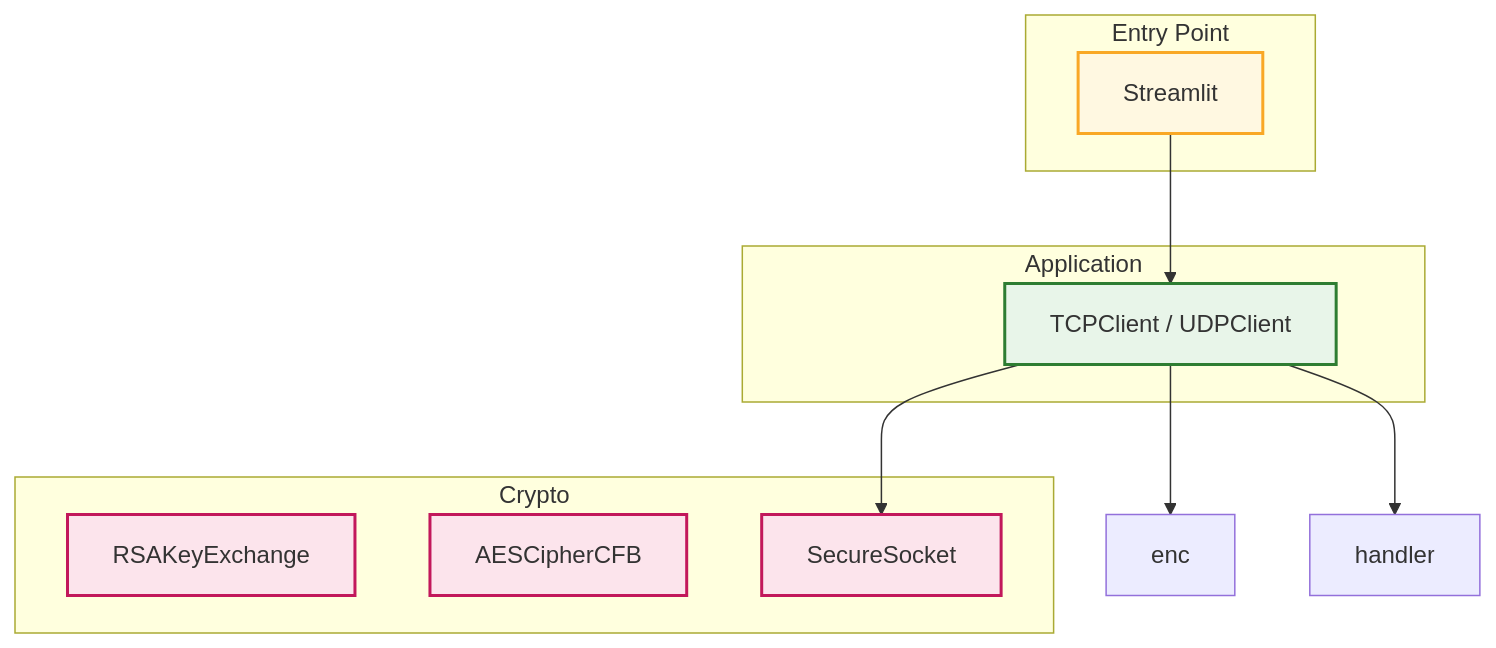
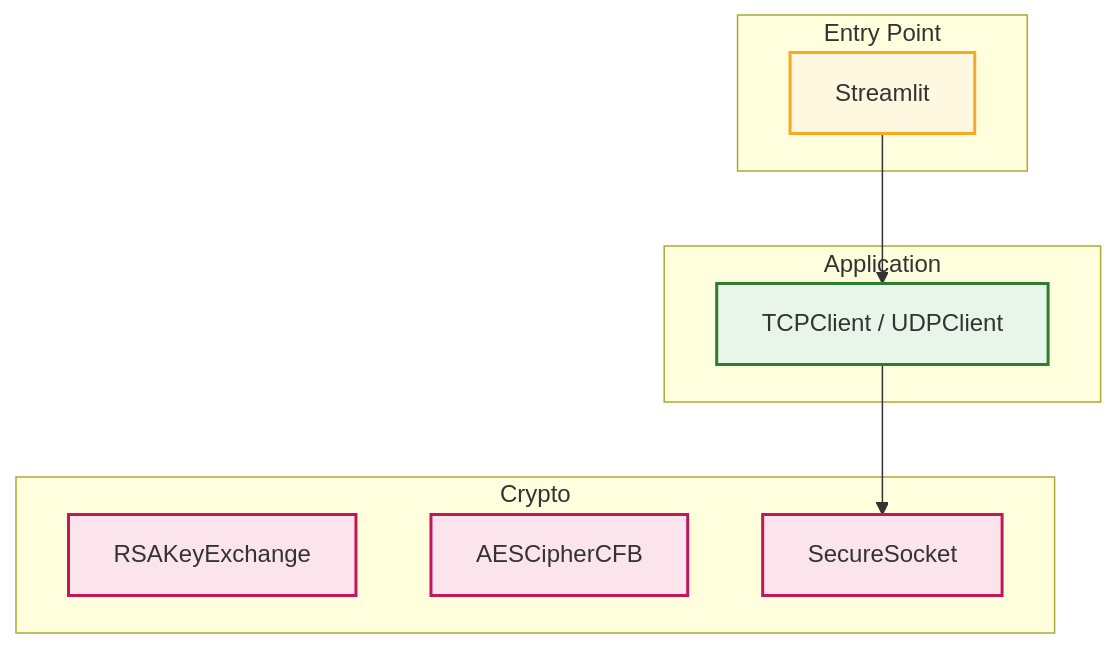
Before and after one commit to BackendExplorer/Online-Chat-Service: the first of 7 diagrams in README.md, drawn with Mermaid.

````diff
--- a/README.md
+++ b/README.md
@@ -1,35 +1,35 @@
 ```mermaid
 graph TD
 
 %% スタイル定義
 classDef ui fill:#fff8e1,stroke:#f9a825,stroke-width:2px
 classDef application fill:#e8f5e9,stroke:#2e7d32,stroke-width:2px
 classDef infra fill:#fce4ec,stroke:#c2185b,stroke-width:2px
 classDef packet fill:#e3f2fd,stroke:#1976d2,stroke-width:2px
 
 subgraph Entry Point
   main["Streamlit"]
   class main ui
 end
 
 subgraph Application
   app["TCPClient / UDPClient"]
   class app application
 end
 
 subgraph Crypto
   rsa["RSAKeyExchange"]
   aes["AESCipherCFB"]
   sock["SecureSocket"]
   class rsa,aes,sock infra
 end
 
 main --> app
-app  --> enc
+
 app  --> sock
-app  --> handler
+
 
 
 
 
 ```
````
